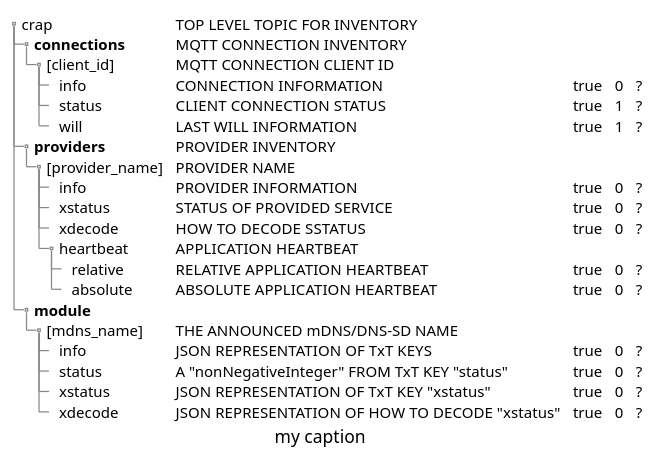
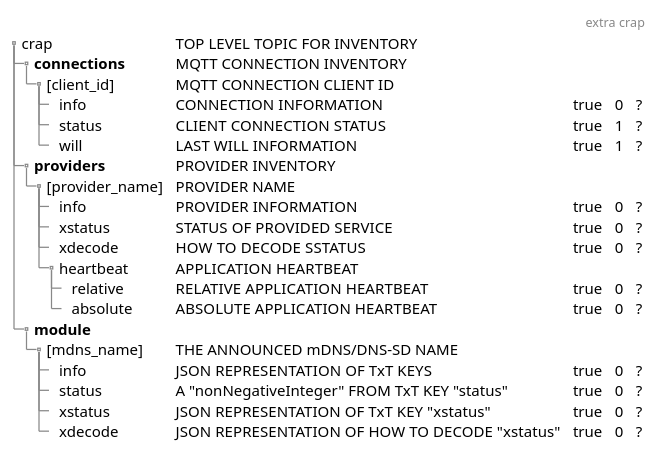
Before and after one commit to ITxPT/schematest: the diagram in puml-linktest/crap.puml, drawn with PlantUML.

```diff
--- a/puml-linktest/crap.puml
+++ b/puml-linktest/crap.puml
@@ -1,34 +1,34 @@
 @startsalt (id=crap)
 'title test crap
 
 {
 {T
 ' test crap
-
+header extra crap
 ++ crap | TOP LEVEL TOPIC FOR INVENTORY
 +++ **connections** | MQTT CONNECTION INVENTORY
 ++++ [client_id] | MQTT CONNECTION CLIENT ID
 +++++ info | CONNECTION INFORMATION | true | 0 | ?
 +++++ status | CLIENT CONNECTION STATUS | true | 1 | ?
 +++++ will | LAST WILL INFORMATION | true | 1 | ?
 
 +++ **providers** | PROVIDER INVENTORY
 ++++ [provider_name] | PROVIDER NAME
 +++++ info | PROVIDER INFORMATION | true | 0 | ?
 +++++ xstatus | STATUS OF PROVIDED SERVICE | true | 0 | ?
 +++++ xdecode | HOW TO DECODE SSTATUS | true | 0 | ?
 +++++ heartbeat | APPLICATION HEARTBEAT
 ++++++ relative | RELATIVE APPLICATION HEARTBEAT | true | 0 | ?
 ++++++ absolute | ABSOLUTE APPLICATION HEARTBEAT | true | 0 | ?
 
 +++ **module**
 ++++ [mdns_name] | THE ANNOUNCED mDNS/DNS-SD NAME
 +++++ info | JSON REPRESENTATION OF TxT KEYS | true | 0 | ?
 +++++ status | A "nonNegativeInteger" FROM TxT KEY "status" | true | 0 | ?
 +++++ xstatus | JSON REPRESENTATION OF TxT KEY "xstatus" | true | 0 | ?
 +++++ xdecode | JSON REPRESENTATION OF HOW TO DECODE "xstatus" | true | 0 | ?
-caption my caption
+
 
 }
 }
 @endsalt
```
